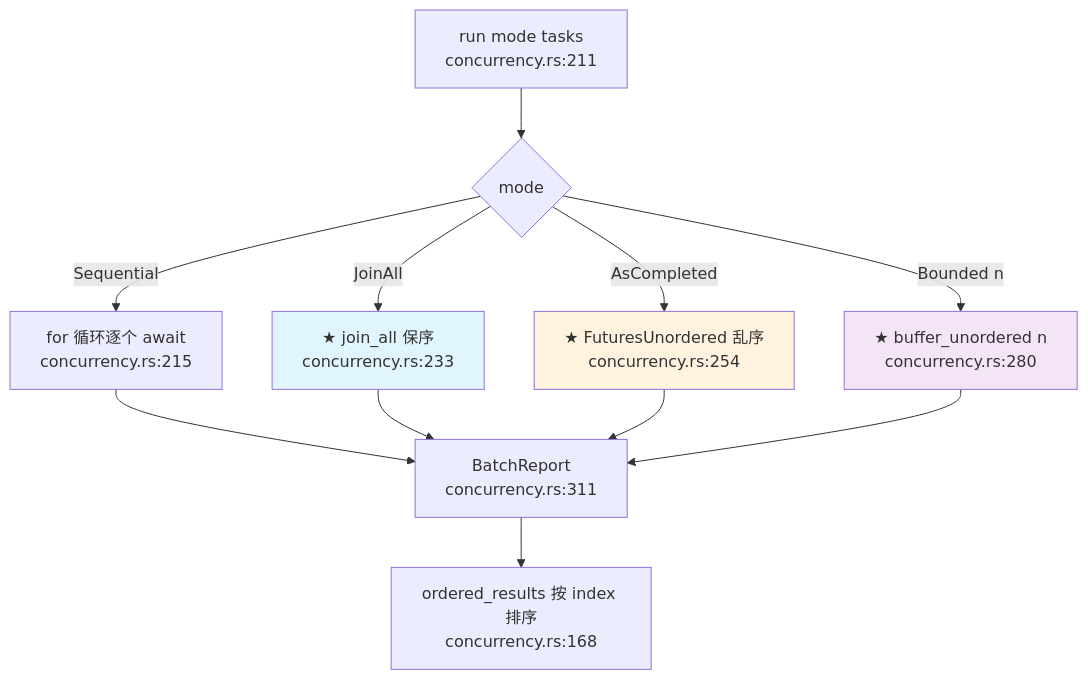
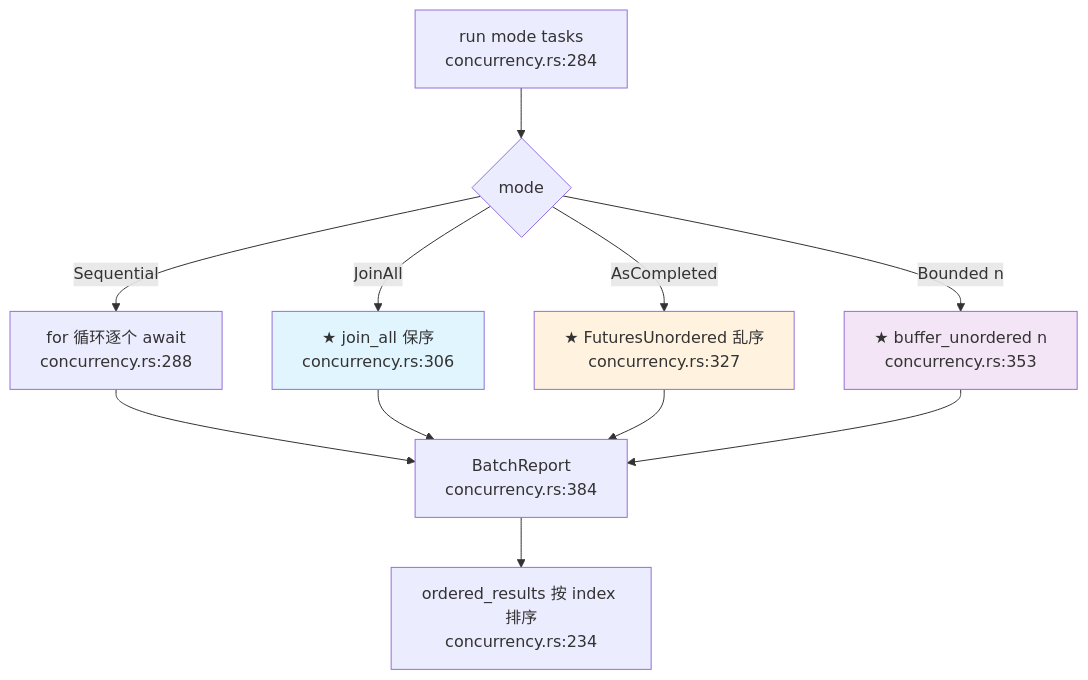
Before and after one commit to heheshang/agent-learn: the sixth of 7 diagrams in 22-agent-async/README.md, drawn with Mermaid. The commit also changed other lines of this file and 41 other files, not shown here.

````diff
--- a/22-agent-async/README.md
+++ b/22-agent-async/README.md
@@ -480,15 +570,15 @@
 ```mermaid
 graph TD
-    A["run mode tasks<br/>concurrency.rs:211"] --> B{"mode"}
-    B -->|Sequential| C["for 循环逐个 await<br/>concurrency.rs:215"]
-    B -->|JoinAll| D["★ join_all 保序<br/>concurrency.rs:233"]
-    B -->|AsCompleted| E["★ FuturesUnordered 乱序<br/>concurrency.rs:254"]
-    B -->|Bounded n| F["★ buffer_unordered n<br/>concurrency.rs:280"]
+    A["run mode tasks<br/>concurrency.rs:284"] --> B{"mode"}
+    B -->|Sequential| C["for 循环逐个 await<br/>concurrency.rs:288"]
+    B -->|JoinAll| D["★ join_all 保序<br/>concurrency.rs:306"]
+    B -->|AsCompleted| E["★ FuturesUnordered 乱序<br/>concurrency.rs:327"]
+    B -->|Bounded n| F["★ buffer_unordered n<br/>concurrency.rs:353"]
 
-    C & D & E & F --> G["BatchReport<br/>concurrency.rs:311"]
-    G --> H["ordered_results 按 index 排序<br/>concurrency.rs:168"]
+    C & D & E & F --> G["BatchReport<br/>concurrency.rs:384"]
+    G --> H["ordered_results 按 index 排序<br/>concurrency.rs:234"]
 
     style D fill:#e1f5fe
     style E fill:#fff3e0
     style F fill:#f3e5f5
 ```
````
